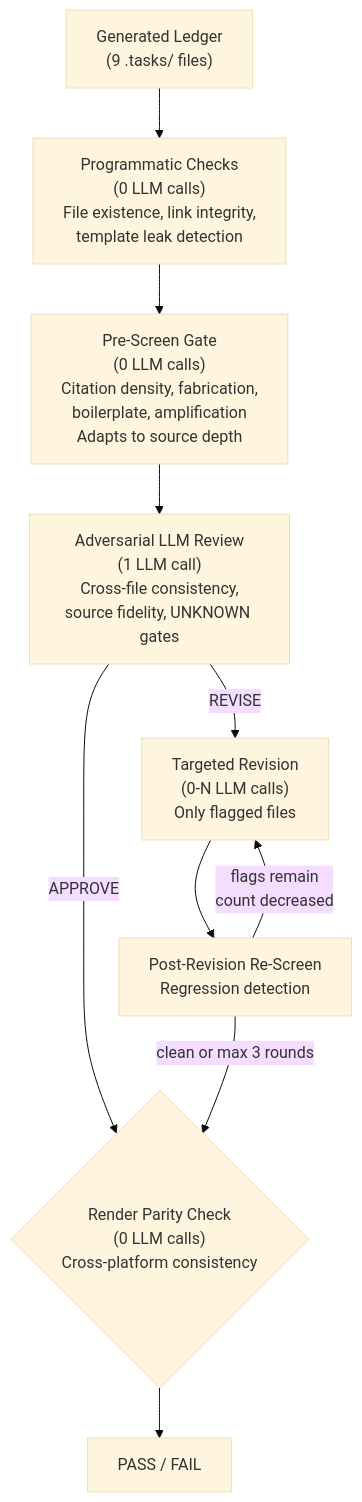
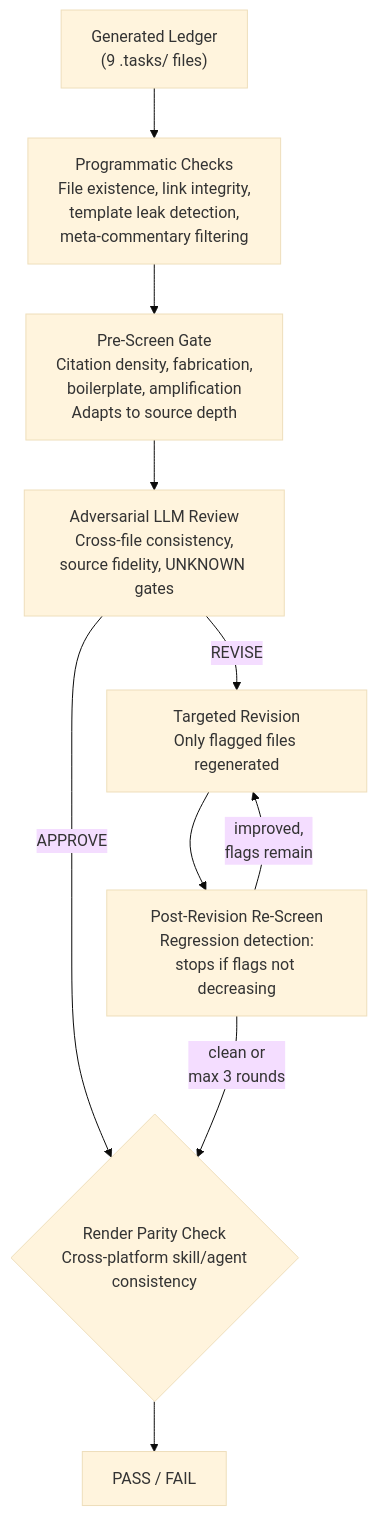
One commit to op7ic/SwarmMaker changed the third of 3 diagrams in README.md. Above: the diagram before and after it, drawn with Mermaid (base theme). The commit also changed other lines of this file, not shown here.

First line of the commit message:
Improve README flow and validation sections

````diff
--- a/README.md
+++ b/README.md
@@ -203,12 +217,12 @@
 ```mermaid
 graph TD
-    LEDGER["Generated Ledger<br/>(9 .tasks/ files)"] --> PROG["Programmatic Checks<br/>(0 LLM calls)<br/>File existence, link integrity,<br/>template leak detection"]
-    PROG --> PRE["Pre-Screen Gate<br/>(0 LLM calls)<br/>Citation density, fabrication,<br/>boilerplate, amplification<br/>Adapts to source depth"]
-    PRE --> REVIEW["Adversarial LLM Review<br/>(1 LLM call)<br/>Cross-file consistency,<br/>source fidelity, UNKNOWN gates"]
+    LEDGER["Generated Ledger<br/>(9 .tasks/ files)"] --> PROG["Programmatic Checks<br/>File existence, link integrity,<br/>template leak detection,<br/>meta-commentary filtering"]
+    PROG --> PRE["Pre-Screen Gate<br/>Citation density, fabrication,<br/>boilerplate, amplification<br/>Adapts to source depth"]
+    PRE --> REVIEW["Adversarial LLM Review<br/>Cross-file consistency,<br/>source fidelity, UNKNOWN gates"]
     REVIEW -->|APPROVE| PARITY
-    REVIEW -->|REVISE| REVISE["Targeted Revision<br/>(0-N LLM calls)<br/>Only flagged files"]
-    REVISE --> RESCREEN["Post-Revision Re-Screen<br/>Regression detection"]
-    RESCREEN -->|flags remain<br/>count decreased| REVISE
-    RESCREEN -->|clean or max 3 rounds| PARITY
-    PARITY{"Render Parity Check<br/>(0 LLM calls)<br/>Cross-platform consistency"} --> RESULT["PASS / FAIL"]
+    REVIEW -->|REVISE| REVISE["Targeted Revision<br/>Only flagged files regenerated"]
+    REVISE --> RESCREEN["Post-Revision Re-Screen<br/>Regression detection:<br/>stops if flags not decreasing"]
+    RESCREEN -->|improved,<br/>flags remain| REVISE
+    RESCREEN -->|clean or<br/>max 3 rounds| PARITY
+    PARITY{"Render Parity Check<br/>Cross-platform skill/agent<br/>consistency"} --> RESULT["PASS / FAIL"]
 ```
````
